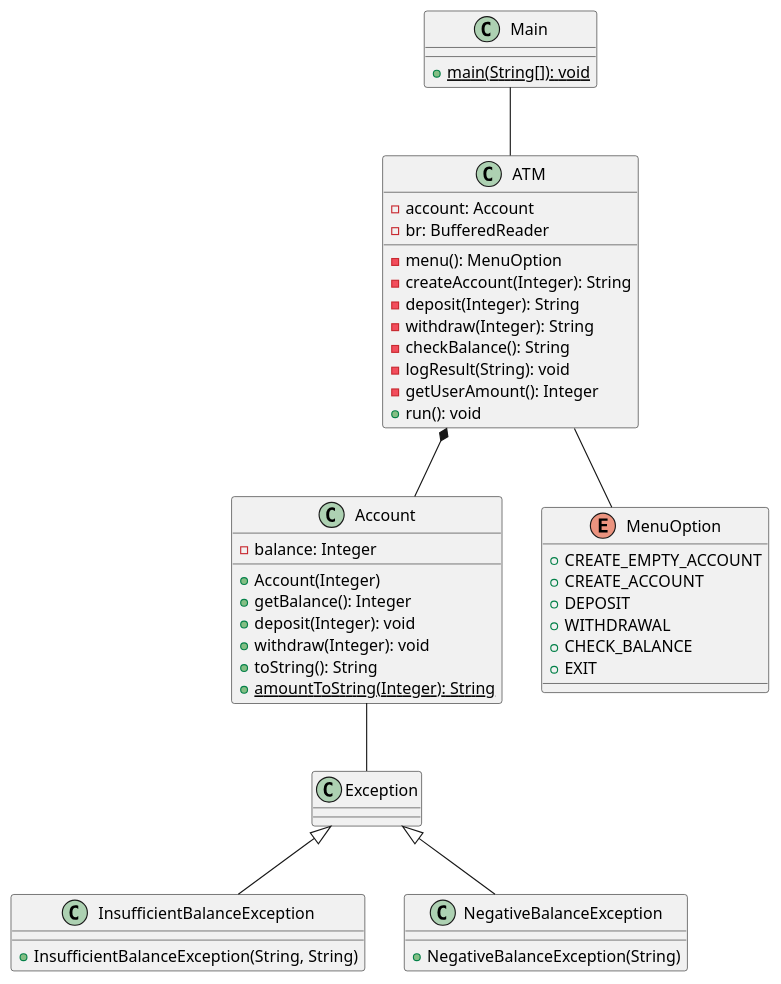
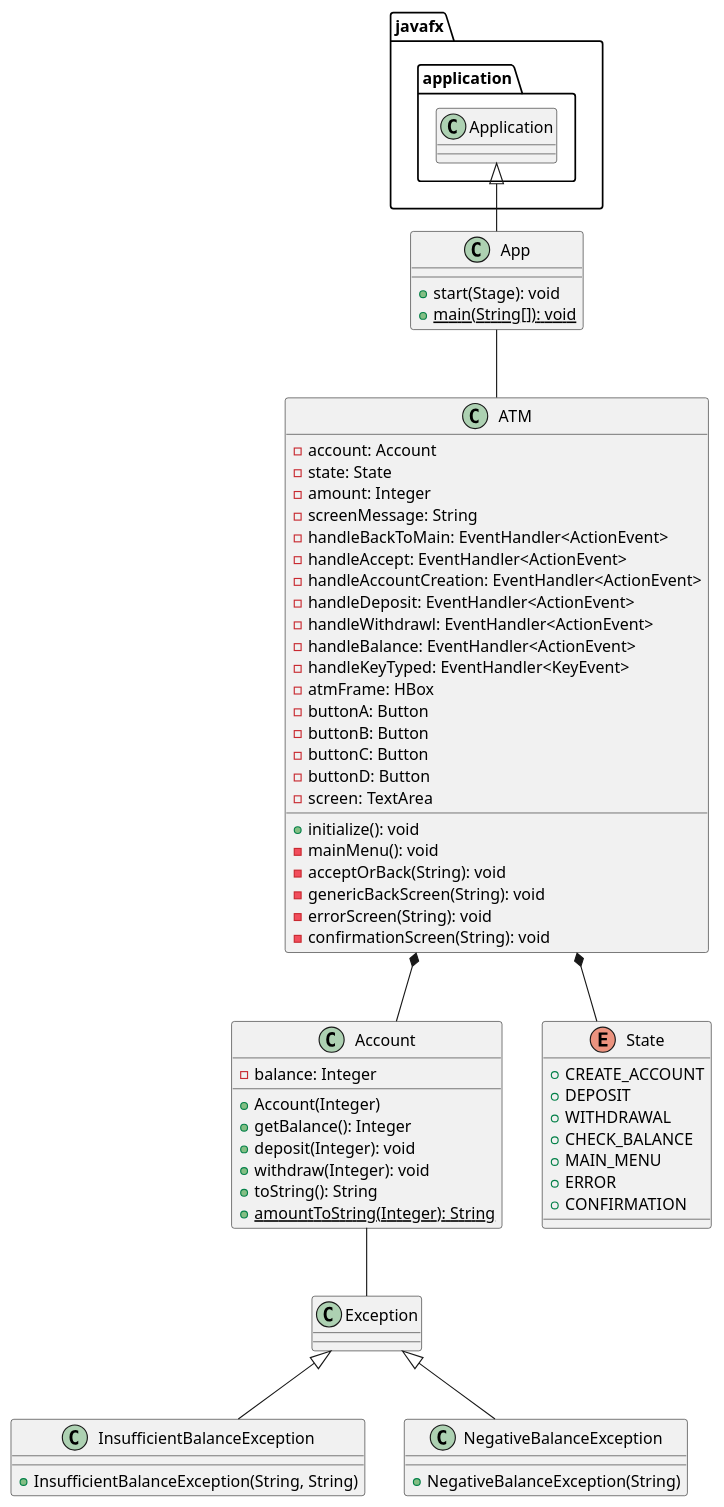
One commit to Molter73/oop-uni changed the second of 2 diagrams in atm/docs/uml.md. Above: the diagram before and after it, drawn with PlantUML. The commit also changed other lines of this file and 2 other files, not shown here.

Commit message:
Update ATM docs for the new GUI

```diff
--- a/atm/docs/uml.md
+++ b/atm/docs/uml.md
@@ -20,50 +18,65 @@
 @startuml
 class InsufficientBalanceException extends Exception {
     +InsufficientBalanceException(String, String)
 }
 
 class NegativeBalanceException extends Exception {
     +NegativeBalanceException(String)
 }
 
 class Account {
     -balance: Integer
     +Account(Integer)
     +getBalance(): Integer
     +deposit(Integer): void
     +withdraw(Integer): void
     +toString(): String
     +{static} amountToString(Integer): String
 }
 
-enum MenuOption {
-    +CREATE_EMPTY_ACCOUNT
+enum State {
     +CREATE_ACCOUNT
     +DEPOSIT
     +WITHDRAWAL
     +CHECK_BALANCE
-    +EXIT
+    +MAIN_MENU
+    +ERROR
+    +CONFIRMATION
 }
 
 class ATM {
     -account: Account
-    -br: BufferedReader
-    -menu(): MenuOption
-    -createAccount(Integer): String
-    -deposit(Integer): String
-    -withdraw(Integer): String
-    -checkBalance(): String
-    -logResult(String): void
-    -getUserAmount(): Integer
-    +run(): void
+    -state: State
+    -amount: Integer
+    -screenMessage: String
+    -handleBackToMain: EventHandler<ActionEvent>
+    -handleAccept: EventHandler<ActionEvent>
+    -handleAccountCreation: EventHandler<ActionEvent>
+    -handleDeposit: EventHandler<ActionEvent>
+    -handleWithdrawl: EventHandler<ActionEvent>
+    -handleBalance: EventHandler<ActionEvent>
+    -handleKeyTyped: EventHandler<KeyEvent>
+    -atmFrame: HBox
+    -buttonA: Button
+    -buttonB: Button
+    -buttonC: Button
+    -buttonD: Button
+    -screen: TextArea
+    +initialize(): void
+    -mainMenu(): void
+    -acceptOrBack(String): void
+    -genericBackScreen(String): void
+    -errorScreen(String): void
+    -confirmationScreen(String): void
 }
 
-Class Main {
+Class App extends javafx.application.Application {
+    +start(Stage): void
     +{static} main(String[]): void
 }
 
-ATM -- MenuOption
 ATM *-- Account
+ATM *-- State
 Account -- Exception
-Main -- ATM
+App -- ATM
 @enduml
```
